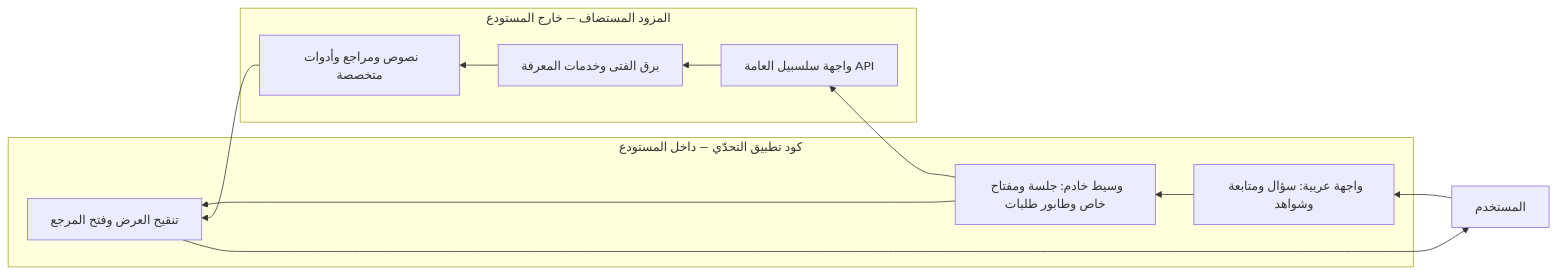
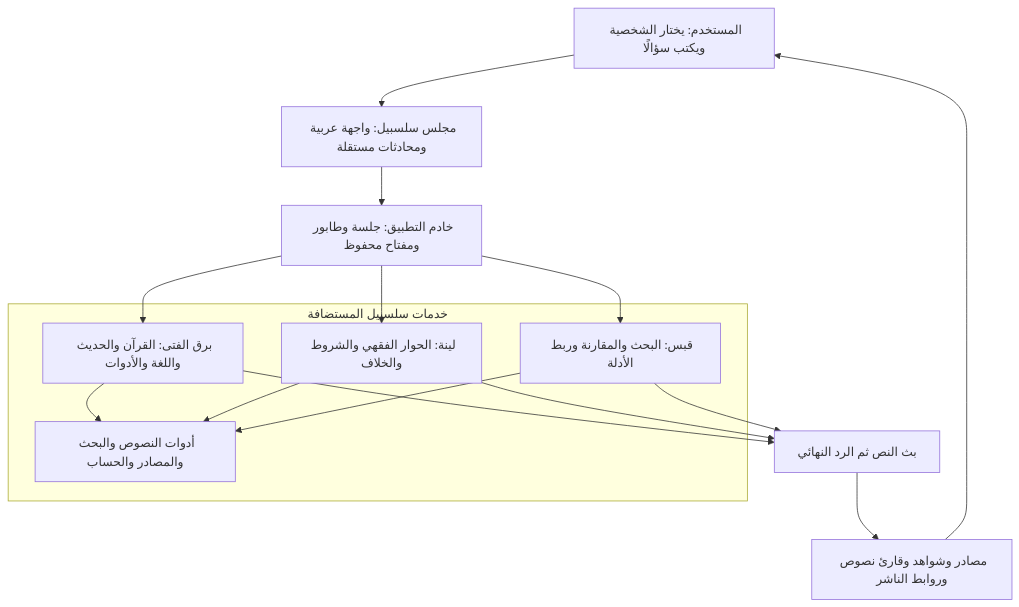
One commit to Salsabeel-AI/islamicaich changed the first of 3 diagrams in architecture/README.md. Above: the diagram before and after it, drawn with Mermaid. The commit also changed other lines of this file and 146 other files, not shown here.

````diff
--- a/architecture/README.md
+++ b/architecture/README.md
@@ -5,15 +7,18 @@
 ```mermaid
-flowchart RL
-  U[المستخدم] --> UI[واجهة عربية: سؤال ومتابعة وشواهد]
-  subgraph APP[كود تطبيق التحدّي — داخل المستودع]
-    UI --> GW[وسيط خادم: جلسة ومفتاح خاص وطابور طلبات]
-    GW --> DISPLAY[تنقيح العرض وفتح المرجع]
+flowchart TD
+  U[المستخدم: يختار الشخصية ويكتب سؤالًا] --> UI[مجلس سلسبيل: واجهة عربية ومحادثات مستقلة]
+  UI --> GW[خادم التطبيق: جلسة وطابور ومفتاح محفوظ]
+  GW --> F[برق الفتى: القرآن والحديث واللغة والأدوات]
+  GW --> L[لينة: الحوار الفقهي والشروط والخلاف]
+  GW --> Q[قبس: البحث والمقارنة وربط الأدلة]
+  subgraph PROVIDER[خدمات سلسبيل المستضافة]
+    F --> T[أدوات النصوص والبحث والمصادر والحساب]
+    L --> T
+    Q --> T
   end
-  GW --> API[واجهة سلسبيل العامة API]
-  subgraph PROVIDER[المزود المستضاف — خارج المستودع]
-    API --> BARQ[برق الفتى وخدمات المعرفة]
-    BARQ --> REF[نصوص ومراجع وأدوات متخصصة]
-  end
-  REF --> DISPLAY
-  DISPLAY --> U
+  F --> S[بث النص ثم الرد النهائي]
+  L --> S
+  Q --> S
+  S --> D[مصادر وشواهد وقارئ نصوص وروابط الناشر]
+  D --> U
 ```
````
